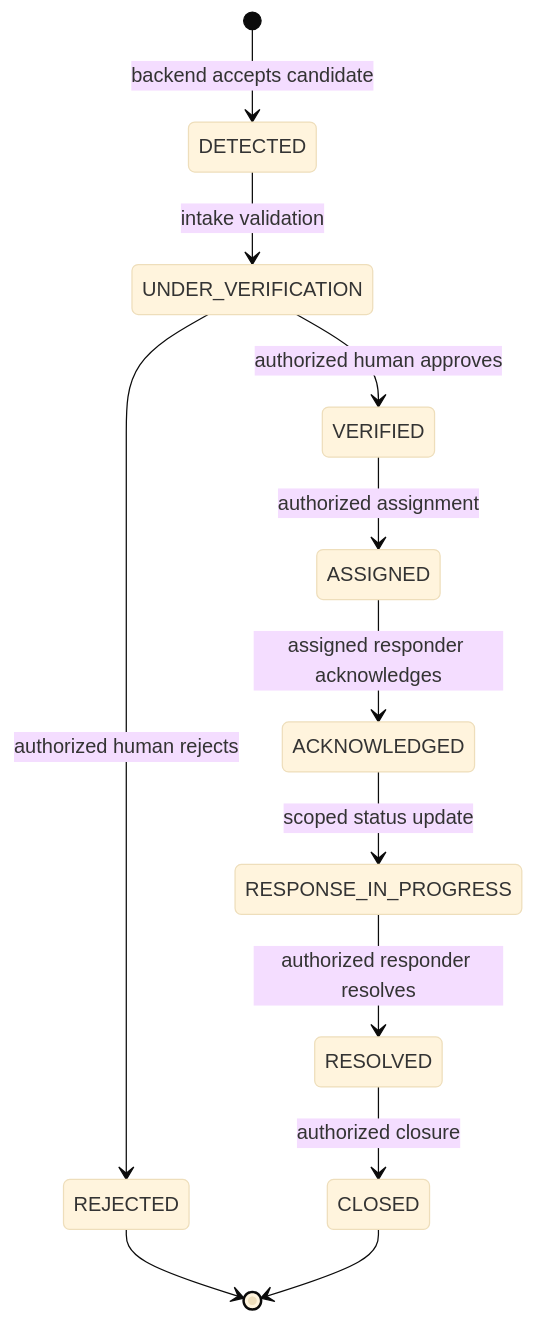
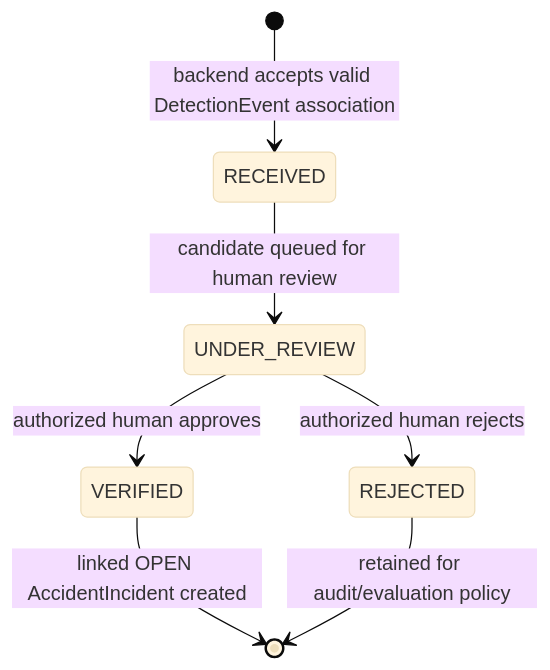
Before and after one commit to rajatchouksey615-alt/ResQVision: the first of 5 diagrams in docs/workflows/incident_response_workflow.md, drawn with Mermaid (base theme). The commit also changed other lines of this file and 35 other files, not shown here.

Commit message:
docs: refine system architecture and response workflows

```diff
--- a/docs/workflows/incident_response_workflow.md
+++ b/docs/workflows/incident_response_workflow.md
@@ -36,14 +16,9 @@
 ~~~mermaid
 stateDiagram-v2
-    [*] --> DETECTED: backend accepts candidate
-    DETECTED --> UNDER_VERIFICATION: intake validation
-    UNDER_VERIFICATION --> VERIFIED: authorized human approves
-    UNDER_VERIFICATION --> REJECTED: authorized human rejects
-    VERIFIED --> ASSIGNED: authorized assignment
-    ASSIGNED --> ACKNOWLEDGED: assigned responder acknowledges
-    ACKNOWLEDGED --> RESPONSE_IN_PROGRESS: scoped status update
-    RESPONSE_IN_PROGRESS --> RESOLVED: authorized responder resolves
-    RESOLVED --> CLOSED: authorized closure
-    REJECTED --> [*]
-    CLOSED --> [*]
+    [*] --> RECEIVED: backend accepts valid DetectionEvent association
+    RECEIVED --> UNDER_REVIEW: candidate queued for human review
+    UNDER_REVIEW --> VERIFIED: authorized human approves
+    UNDER_REVIEW --> REJECTED: authorized human rejects
+    VERIFIED --> [*]: linked OPEN AccidentIncident created
+    REJECTED --> [*]: retained for audit/evaluation policy
 ~~~
```
